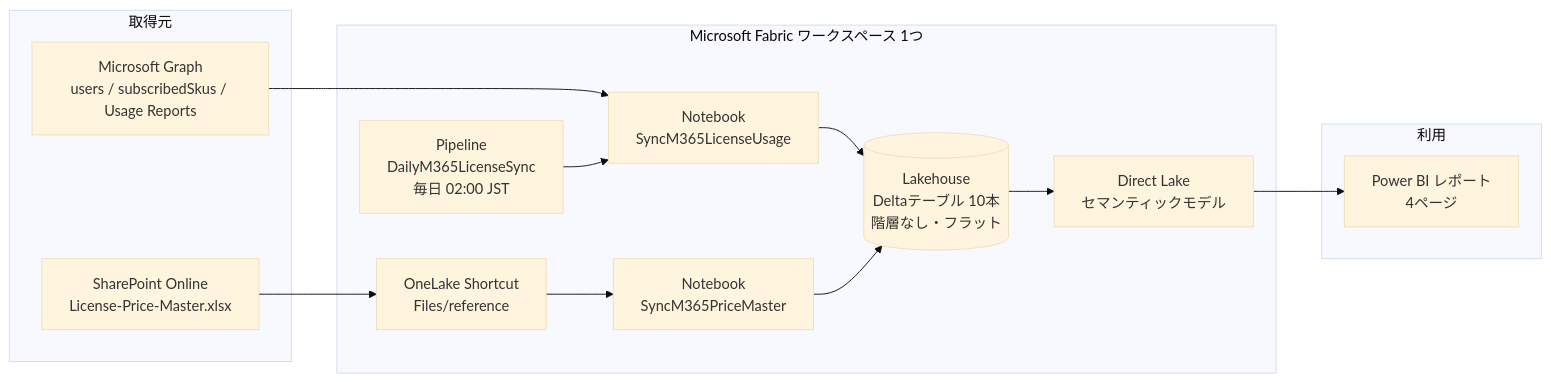
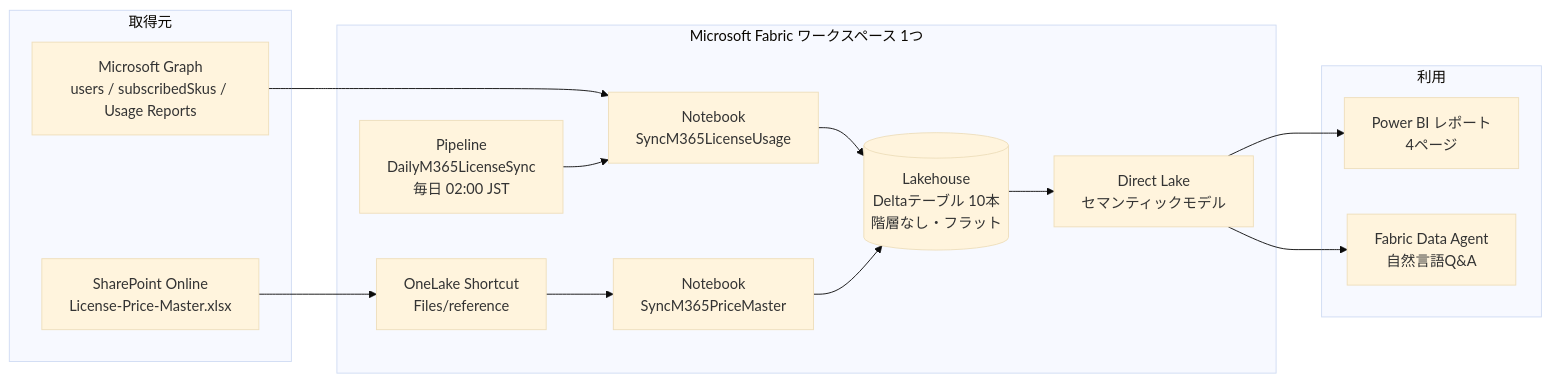
Before and after one commit to pcmn1000/m365-license-finops-reference: the diagram in README.md, drawn with Mermaid (base theme). The commit also changed other lines of this file and 11 other files, not shown here.

Commit message:
Update Data Agent for E5 capabilities and service plan mappings

````diff
--- a/README.md
+++ b/README.md
@@ -30,25 +30,27 @@
 ```mermaid
 flowchart LR
     subgraph SRC["取得元"]
         GRAPH["Microsoft Graph<br/>users / subscribedSkus / Usage Reports"]
         SPO["SharePoint Online<br/>License-Price-Master.xlsx"]
     end
 
     subgraph FABRIC["Microsoft Fabric ワークスペース 1つ"]
         NB1["Notebook<br/>SyncM365LicenseUsage"]
         NB2["Notebook<br/>SyncM365PriceMaster"]
         SC["OneLake Shortcut<br/>Files/reference"]
         LH[("Lakehouse<br/>Deltaテーブル 10本<br/>階層なし・フラット")]
         PIPE["Pipeline<br/>DailyM365LicenseSync<br/>毎日 02:00 JST"]
         MODEL["Direct Lake<br/>セマンティックモデル"]
     end
 
     subgraph USE["利用"]
         PBI["Power BI レポート<br/>4ページ"]
+        AGENT["Fabric Data Agent<br/>自然言語Q&A"]
     end
 
     GRAPH --> NB1 --> LH
     SPO --> SC --> NB2 --> LH
     PIPE --> NB1
     LH --> MODEL --> PBI
+    MODEL --> AGENT
 ```
````
